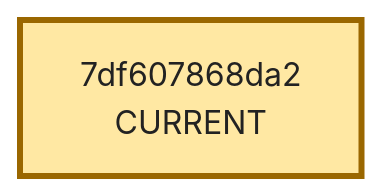
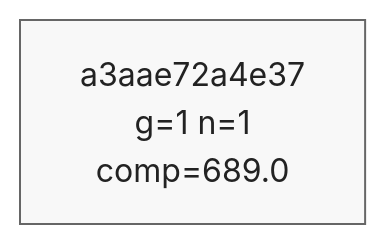
One commit to azumag/soviet_now changed the ninth of 9 diagrams in phyrogenetic-tree.md. Above: the diagram before and after it, drawn with Mermaid. The commit also changed other lines of this file and 2 other files, not shown here.

````diff
--- a/phyrogenetic-tree.md
+++ b/phyrogenetic-tree.md
@@ -2228,12 +2229,12 @@
 ```mermaid
 flowchart TD
-    h_7df607868da2["7df607868da2<br/>CURRENT"]
+    h_a3aae72a4e37["a3aae72a4e37<br/>g=1 n=1<br/>comp=689.0"]
 
 
     classDef plain fill:#f8f8f8,stroke:#666,stroke-width:1px,color:#222;
     classDef current fill:#ffe8a3,stroke:#9a6700,stroke-width:3px,color:#222;
     classDef anchor fill:#d7f5dd,stroke:#1f6f43,stroke-width:3px,color:#222;
     classDef current_anchor fill:#f3e4a8,stroke:#1f6f43,stroke-width:4px,color:#222;
 
-    class h_7df607868da2 current;
+    class h_a3aae72a4e37 plain;
 ```
````
